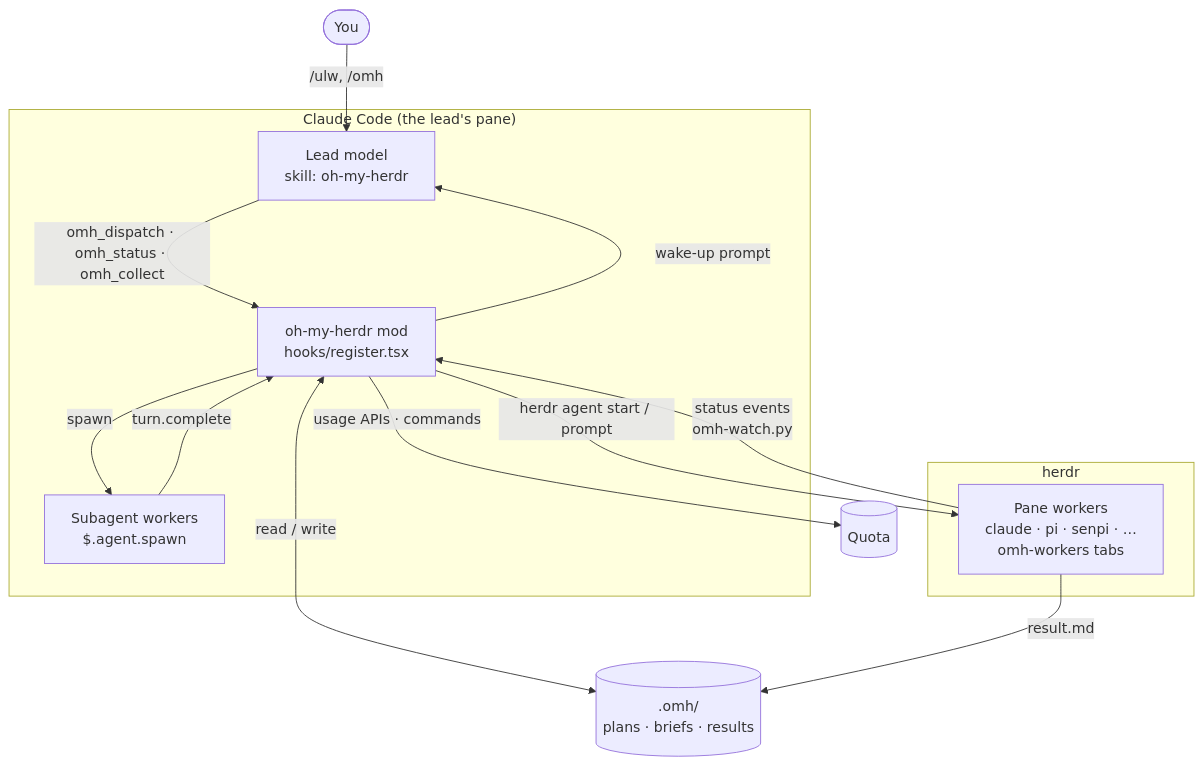
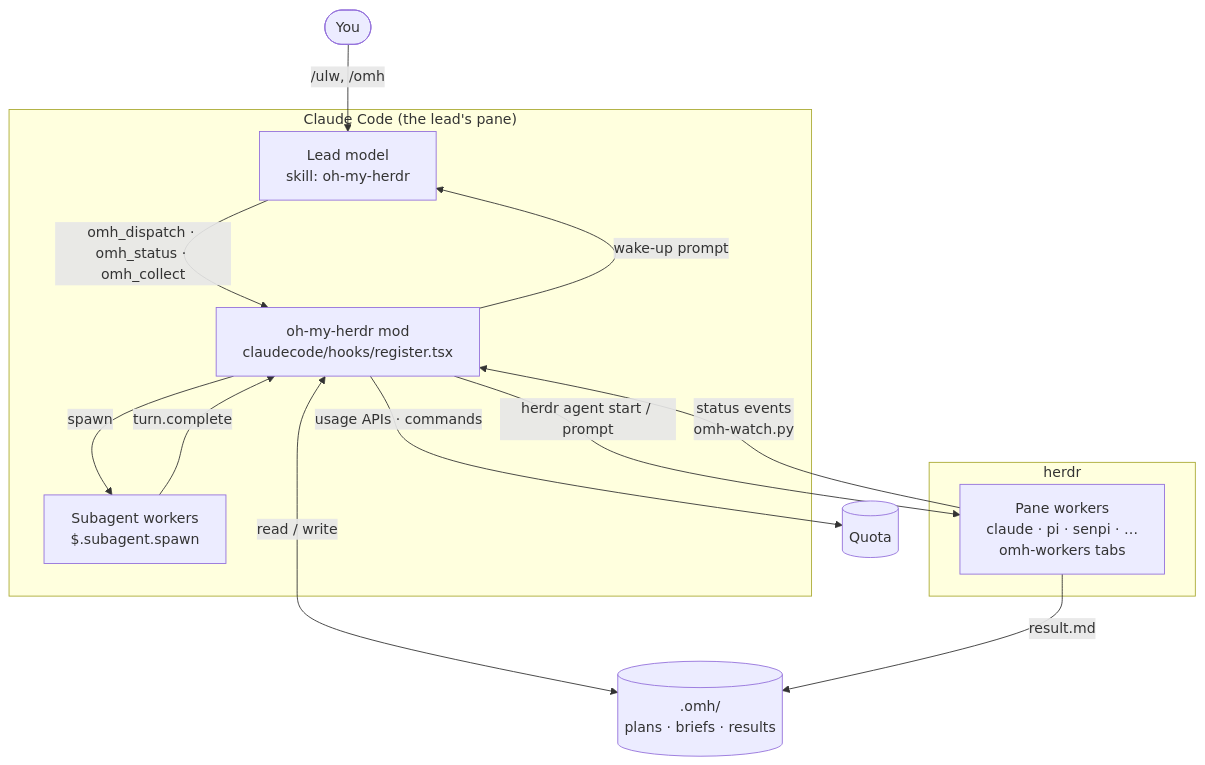
One commit to andyjjrt/oh-my-herdr changed the first of 4 diagrams in docs/architecture.md. Above: the diagram before and after it, drawn with Mermaid. The commit also changed other lines of this file and 71 other files, not shown here.

````diff
--- a/docs/architecture.md
+++ b/docs/architecture.md
@@ -10,21 +10,21 @@
 ```mermaid
 flowchart TB
   user([You]) -->|/ulw, /omh| lead
   subgraph cc["Claude Code (the lead's pane)"]
     lead["Lead model<br/>skill: oh-my-herdr"]
-    mod["oh-my-herdr mod<br/>hooks/register.tsx"]
-    sub["Subagent workers<br/>$.agent.spawn"]
+    mod["oh-my-herdr mod<br/>claudecode/hooks/register.tsx"]
+    sub["Subagent workers<br/>$.subagent.spawn"]
     lead -->|omh_dispatch · omh_status · omh_collect| mod
     mod -->|wake-up prompt| lead
     mod -->|spawn| sub
     sub -->|turn.complete| mod
   end
   subgraph herdr["herdr"]
     panes["Pane workers<br/>claude · pi · senpi · …<br/>omh-workers tabs"]
   end
   mod -->|herdr agent start / prompt| panes
   panes -->|status events<br/>omh-watch.py| mod
   mod <-->|read / write| omh[(".omh/<br/>plans · briefs · results")]
   panes -->|result.md| omh
   mod -->|usage APIs · commands| quota[(Quota)]
 ```
````
